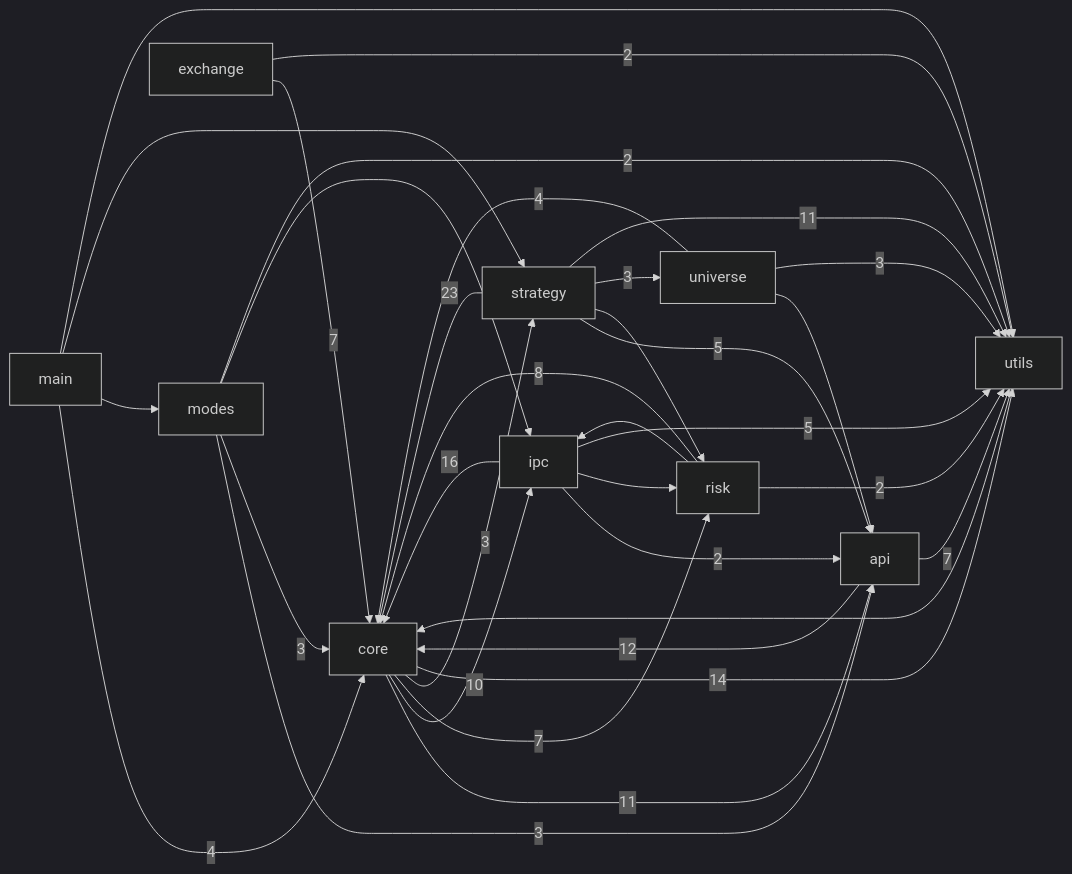
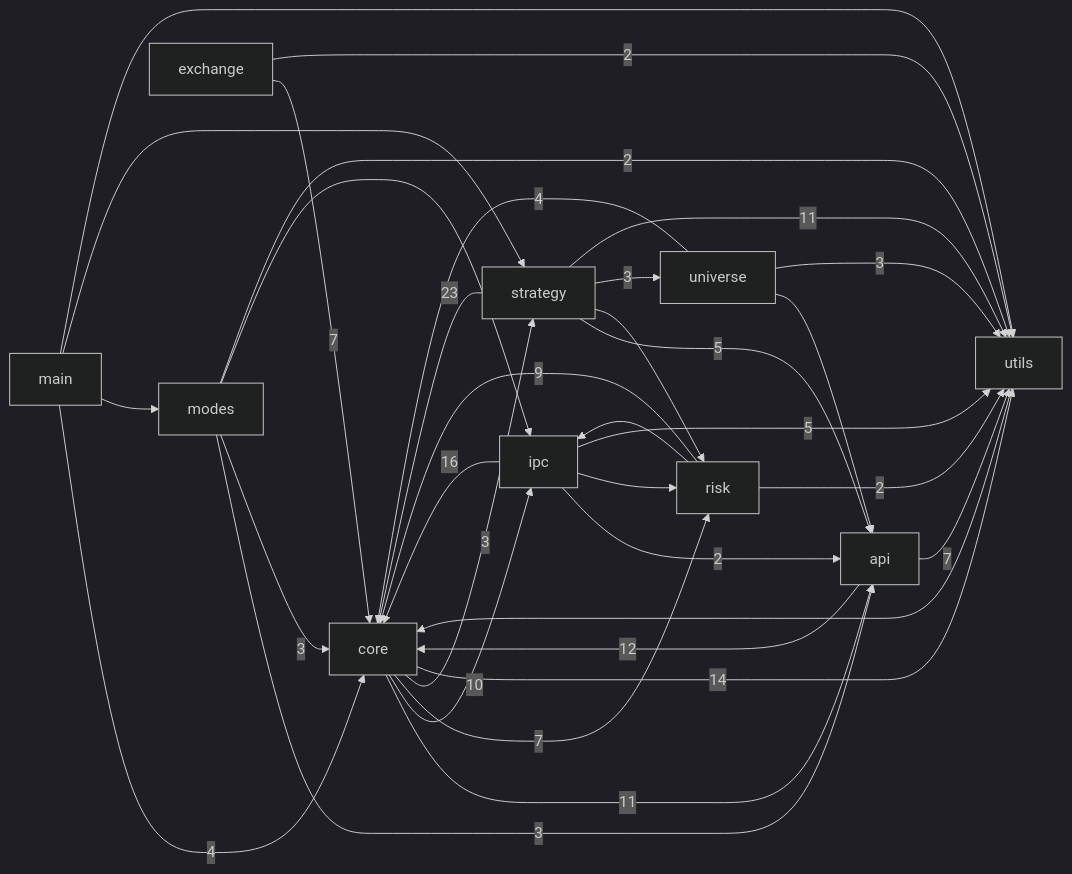
One commit to pypy8171/Quant changed the first of 3 diagrams in docs/CODE_GRAPH.md. Above: the diagram before and after it, drawn with Mermaid (dark theme). The commit also changed other lines of this file and 9 other files, not shown here.

````diff
--- a/docs/CODE_GRAPH.md
+++ b/docs/CODE_GRAPH.md
@@ -10,46 +10,46 @@
 ```mermaid
 graph LR
   main[main]
   modes[modes]
   core[core]
   strategy[strategy]
   api[api]
   universe[universe]
   risk[risk]
   ipc[ipc]
   utils[utils]
   exchange[exchange]
   api -->|12| core
   api -->|7| utils
   core -->|11| api
   core -->|10| ipc
   core -->|7| risk
   core -->|3| strategy
   core -->|14| utils
   exchange -->|7| core
   exchange -->|2| utils
   ipc -->|2| api
   ipc -->|16| core
   ipc --> risk
   ipc -->|5| utils
   main -->|4| core
   main --> modes
   main --> strategy
   main --> utils
   modes -->|3| api
   modes -->|3| core
   modes --> ipc
   modes -->|2| utils
-  risk -->|8| core
+  risk -->|9| core
   risk --> ipc
   risk -->|2| utils
   strategy -->|5| api
   strategy -->|23| core
   strategy --> risk
   strategy -->|3| universe
   strategy -->|11| utils
   universe --> api
   universe -->|4| core
   universe -->|3| utils
   utils --> core
 ```
````
